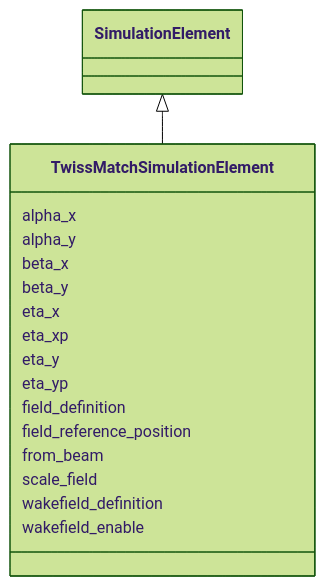
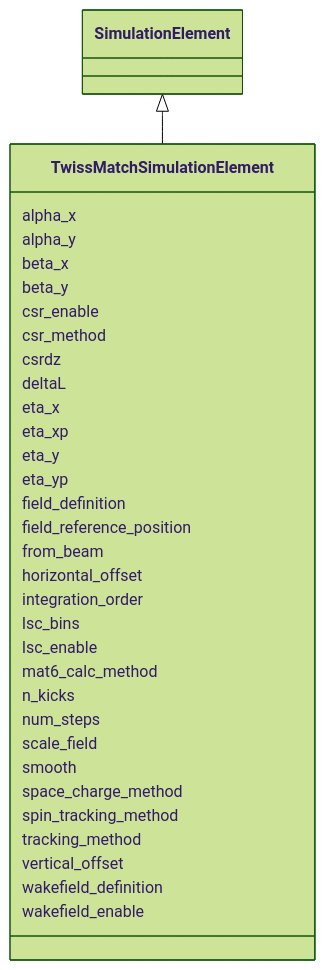
The diagram in docs/source/schema/TwissMatchSimulationElement.md (astec-stfc/laura), drawn with Mermaid (forest theme) before and after one commit. The commit also changed other lines of this file and 63 other files, not shown here.

Commit message:
updatedn schema to consolidate SimulationElement parameters that were shared among subclasses; implemented tracking methods for bmad

````diff
--- a/docs/source/schema/TwissMatchSimulationElement.md
+++ b/docs/source/schema/TwissMatchSimulationElement.md
@@ -18,37 +18,69 @@
 ```mermaid
  classDiagram
     class TwissMatchSimulationElement
     click TwissMatchSimulationElement href "../TwissMatchSimulationElement/"
       SimulationElement <|-- TwissMatchSimulationElement
         click SimulationElement href "../SimulationElement/"
-      
+
       TwissMatchSimulationElement : alpha_x
-        
+
       TwissMatchSimulationElement : alpha_y
-        
+
       TwissMatchSimulationElement : beta_x
-        
+
       TwissMatchSimulationElement : beta_y
-        
+
+      TwissMatchSimulationElement : csr_enable
+
+      TwissMatchSimulationElement : csr_method
+
+      TwissMatchSimulationElement : csrdz
+
+      TwissMatchSimulationElement : deltaL
+
       TwissMatchSimulationElement : eta_x
-        
+
       TwissMatchSimulationElement : eta_xp
-        
+
       TwissMatchSimulationElement : eta_y
-        
+
       TwissMatchSimulationElement : eta_yp
-        
+
       TwissMatchSimulationElement : field_definition
-        
+
       TwissMatchSimulationElement : field_reference_position
-        
+
       TwissMatchSimulationElement : from_beam
-        
+
+      TwissMatchSimulationElement : horizontal_offset
+
+      TwissMatchSimulationElement : integration_order
+
+      TwissMatchSimulationElement : lsc_bins
+
+      TwissMatchSimulationElement : lsc_enable
+
+      TwissMatchSimulationElement : mat6_calc_method
+
+      TwissMatchSimulationElement : n_kicks
+
+      TwissMatchSimulationElement : num_steps
+
       TwissMatchSimulationElement : scale_field
-        
+
+      TwissMatchSimulationElement : smooth
+
+      TwissMatchSimulationElement : space_charge_method
+
+      TwissMatchSimulationElement : spin_tracking_method
+
+      TwissMatchSimulationElement : tracking_method
+
+      TwissMatchSimulationElement : vertical_offset
+
       TwissMatchSimulationElement : wakefield_definition
-        
+
       TwissMatchSimulationElement : wakefield_enable
-        
-      
+
+
 ```
````
